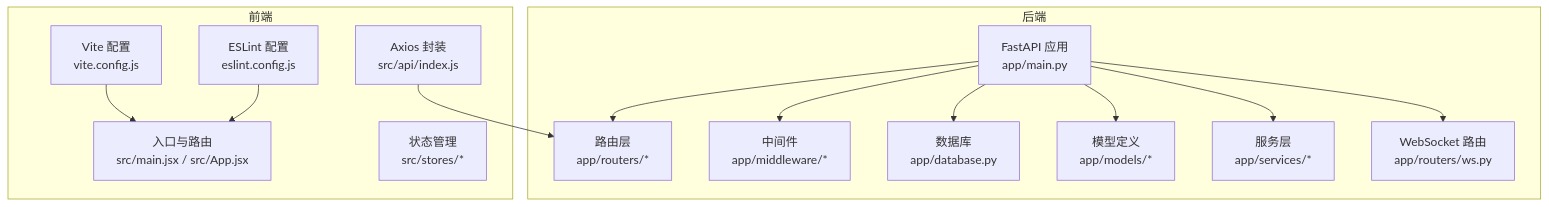
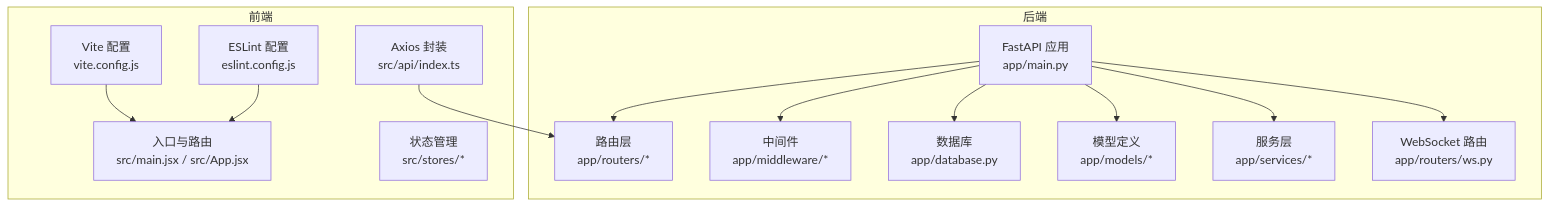
One commit to laohanhahaha/PaperChat changed the first of 6 diagrams in .qoder/repowiki/zh/content/开发指南/开发指南.md. Above: the diagram before and after it, drawn with Mermaid. The commit also changed other lines of this file and 59 other files, not shown here.

````diff
--- a/.qoder/repowiki/zh/content/开发指南/开发指南.md
+++ b/.qoder/repowiki/zh/content/开发指南/开发指南.md
@@ -47,28 +63,28 @@
 ```mermaid
 graph TB
 subgraph "后端"
 A["FastAPI 应用<br/>app/main.py"]
 B["路由层<br/>app/routers/*"]
 C["中间件<br/>app/middleware/*"]
 D["数据库<br/>app/database.py"]
 E["模型定义<br/>app/models/*"]
 F["服务层<br/>app/services/*"]
 G["WebSocket 路由<br/>app/routers/ws.py"]
 end
 subgraph "前端"
 H["Vite 配置<br/>vite.config.js"]
 I["ESLint 配置<br/>eslint.config.js"]
-J["Axios 封装<br/>src/api/index.js"]
+J["Axios 封装<br/>src/api/index.ts"]
 K["入口与路由<br/>src/main.jsx / src/App.jsx"]
 L["状态管理<br/>src/stores/*"]
 end
 A --> B
 A --> C
 A --> D
 A --> E
 A --> F
 A --> G
 H --> K
 I --> K
 J --> B
 ```
````
